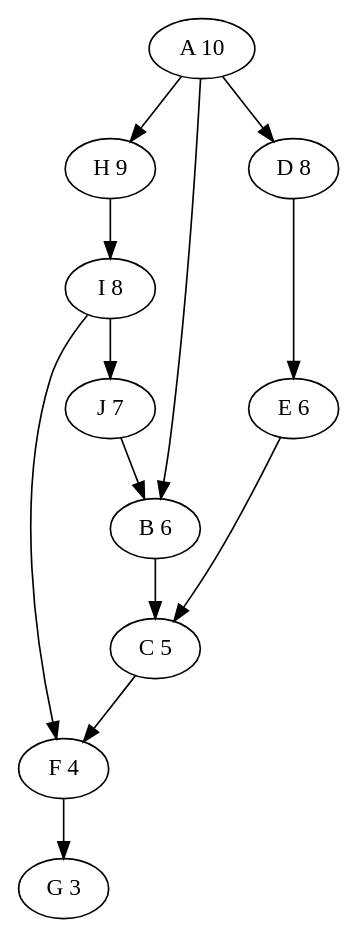
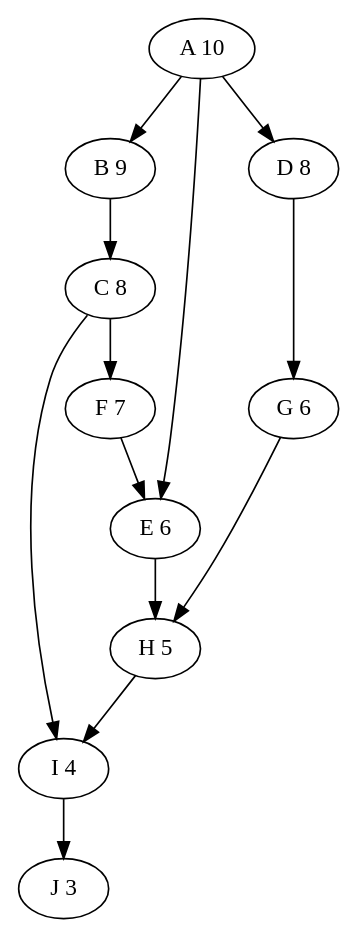
The diagram in example_commit_tree.dot (cyisfor/story-generator), drawn with Graphviz before and after one commit. The commit also changed 1 other file, not shown here.

```diff
--- a/example_commit_tree.dot
+++ b/example_commit_tree.dot
@@ -1,28 +1,28 @@
 digraph log {
 	A1 [label="A 10"];
-	H1 [label="H 9"];
-	I1 [label="I 8"];
-	J1 [label="J 7"];
-	B1 [label="B 6"];
-	D1 [label="D 8"];
-	E1 [label="E 6"];
-	C1 [label="C 5"]; // must be less than all upstream
-	F1 [label="F 4"];
-	G1 [label="G 3"];
+	B2 [label="B 9"];
+	C2 [label="C 8"];
+	F3 [label="F 7"];
+	E2 [label="E 6"];
+	D3 [label="D 8"];
+	G2 [label="G 6"];
+	H2 [label="H 5"]; // must be less than all upstream
+	I2 [label="I 4"];
+	J2 [label="J 3"];
 
 
-	A1 -> B1;
-	A1 -> D1;
-	A1 -> H1;
-	H1 -> I1;
-	I1 -> J1;
-	J1 -> B1;
+	A1 -> E2;
+	A1 -> D3;
+	A1 -> B2;
+	B2 -> C2;
+	C2 -> F3;
+	F3 -> E2;
 	
-	B1 -> C1;
-	D1 -> E1;
-	E1 -> C1;
-	C1 -> F1;
-	F1 -> G1;
-	I1 -> F1;
+	E2 -> H2;
+	D3 -> G2;
+	G2 -> H2;
+	H2 -> I2;
+	I2 -> J2;
+	C2 -> I2;
 	
 }
```
